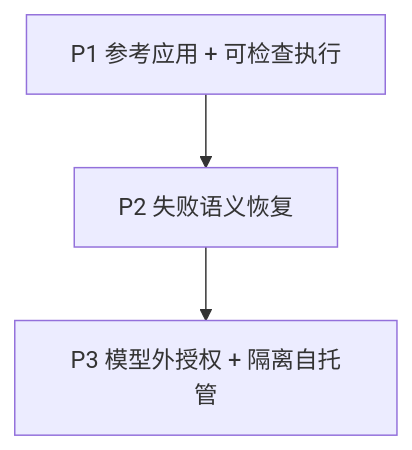
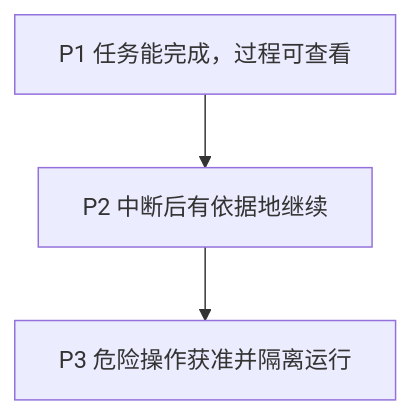
The diagram in site/src/content/docs/zh-cn/project/milestones.md (CherryYang05/BearAgent), drawn with Mermaid before and after one commit. The commit also changed other lines of this file and 17 other files, not shown here.

Commit message:
Refine BearAgent positioning and roadmap

````diff
--- a/site/src/content/docs/zh-cn/project/milestones.md
+++ b/site/src/content/docs/zh-cn/project/milestones.md
@@ -24,5 +20,5 @@
 ```mermaid
 flowchart TB
-    P1["P1 参考应用 + 可检查执行"] --> P2["P2 失败语义恢复"]
-    P2 --> P3["P3 模型外授权 + 隔离自托管"]
+    P1["P1 任务能完成，过程可查看"] --> P2["P2 中断后有依据地继续"]
+    P2 --> P3["P3 危险操作获准并隔离运行"]
 ```
````
